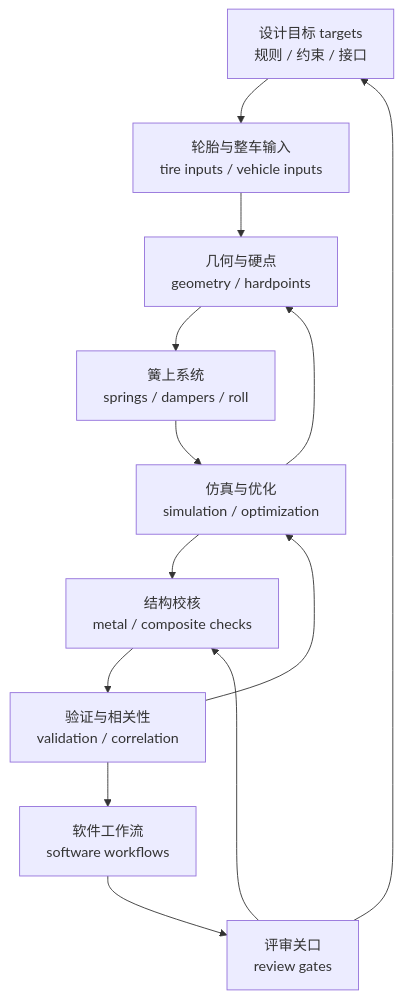
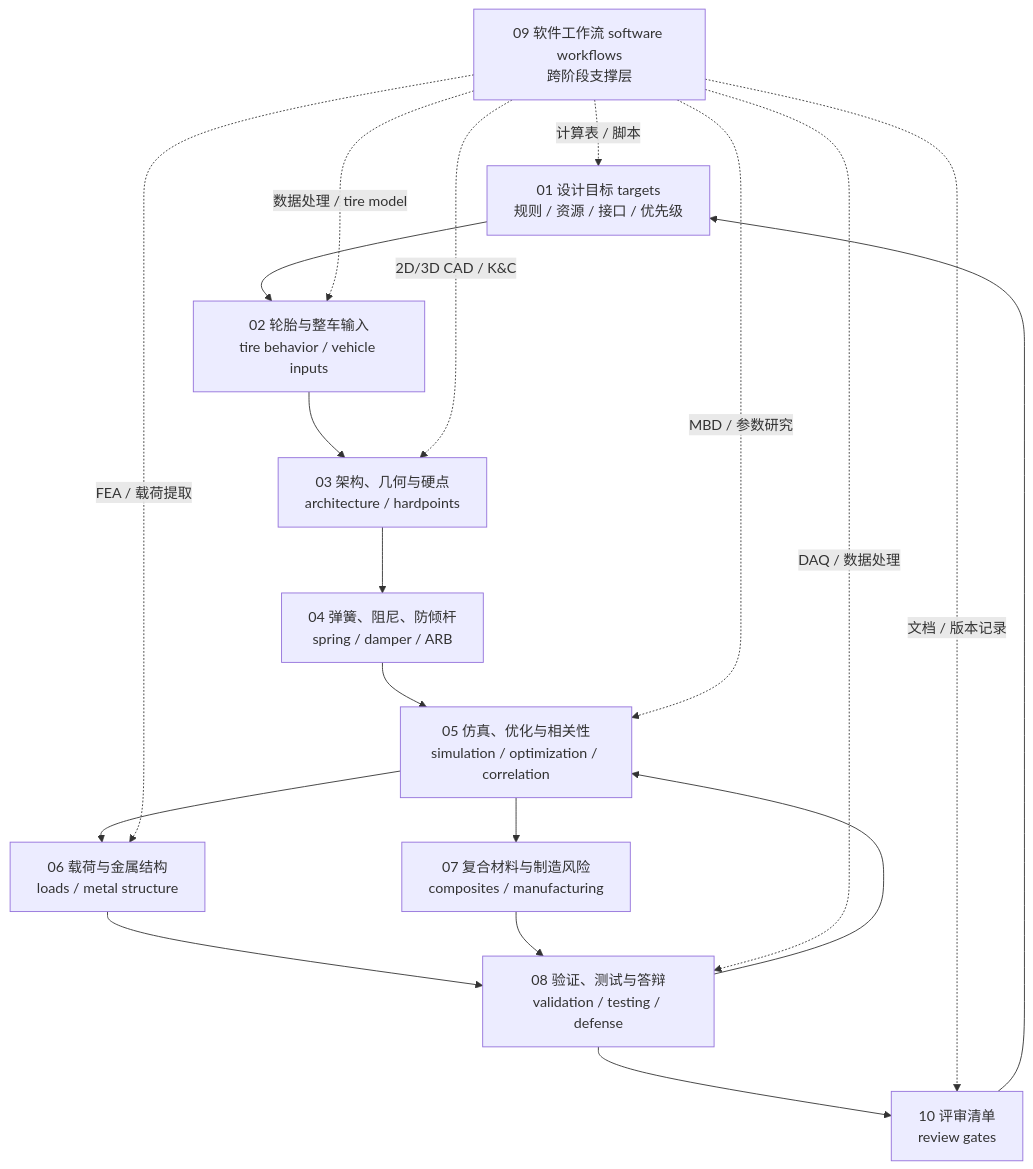
One commit to onebulletkick/suspension_opensource changed the diagram in docs/advanced/README.md. Above: the diagram before and after it, drawn with Mermaid. The commit also changed other lines of this file and 2 other files, not shown here.

Commit message:
docs: integrate public-source model into entry chapters

````diff
--- a/docs/advanced/README.md
+++ b/docs/advanced/README.md
@@ -82,15 +54,21 @@
 ```mermaid
 flowchart TD
-  A["设计目标 targets<br>规则 / 约束 / 接口"] --> B["轮胎与整车输入<br>tire inputs / vehicle inputs"]
-  B --> C["几何与硬点<br>geometry / hardpoints"]
-  C --> D["簧上系统<br>springs / dampers / roll"]
-  D --> E["仿真与优化<br>simulation / optimization"]
-  E --> F["结构校核<br>metal / composite checks"]
-  F --> G["验证与相关性<br>validation / correlation"]
-  G --> H["软件工作流<br>software workflows"]
-  H --> I["评审关口<br>review gates"]
-  I --> A
-  E --> C
-  G --> E
-  I --> F
+  A["01 设计目标 targets<br>规则 / 资源 / 接口 / 优先级"] --> B["02 轮胎与整车输入<br>tire behavior / vehicle inputs"]
+  B --> C["03 架构、几何与硬点<br>architecture / hardpoints"]
+  C --> D["04 弹簧、阻尼、防倾杆<br>spring / damper / ARB"]
+  D --> E["05 仿真、优化与相关性<br>simulation / optimization / correlation"]
+  E --> F["06 载荷与金属结构<br>loads / metal structure"]
+  E --> G["07 复合材料与制造风险<br>composites / manufacturing"]
+  F --> H["08 验证、测试与答辩<br>validation / testing / defense"]
+  G --> H
+  H --> J["10 评审清单<br>review gates"]
+  J --> A
+  H --> E
+  S["09 软件工作流 software workflows<br>跨阶段支撑层"] -. "计算表 / 脚本" .-> A
+  S -. "数据处理 / tire model" .-> B
+  S -. "2D/3D CAD / K&C" .-> C
+  S -. "MBD / 参数研究" .-> E
+  S -. "FEA / 载荷提取" .-> F
+  S -. "DAQ / 数据处理" .-> H
+  S -. "文档 / 版本记录" .-> J
 ```
````
